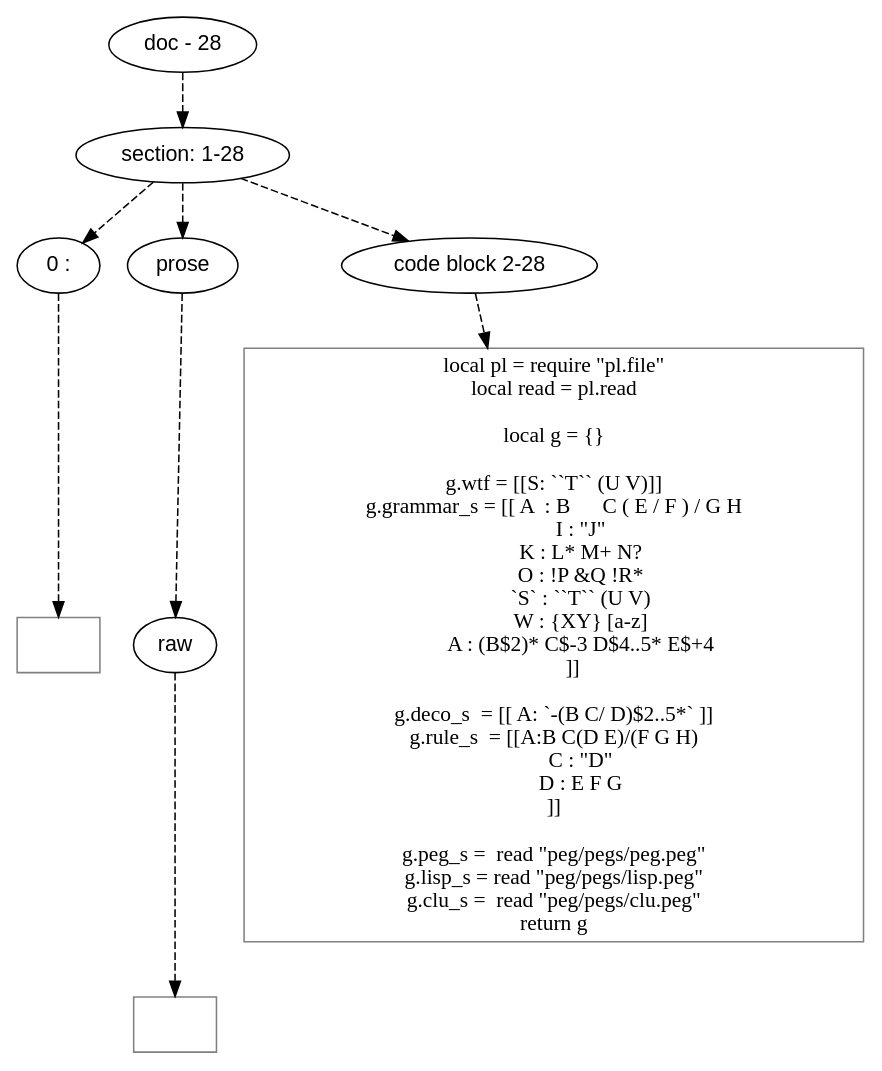
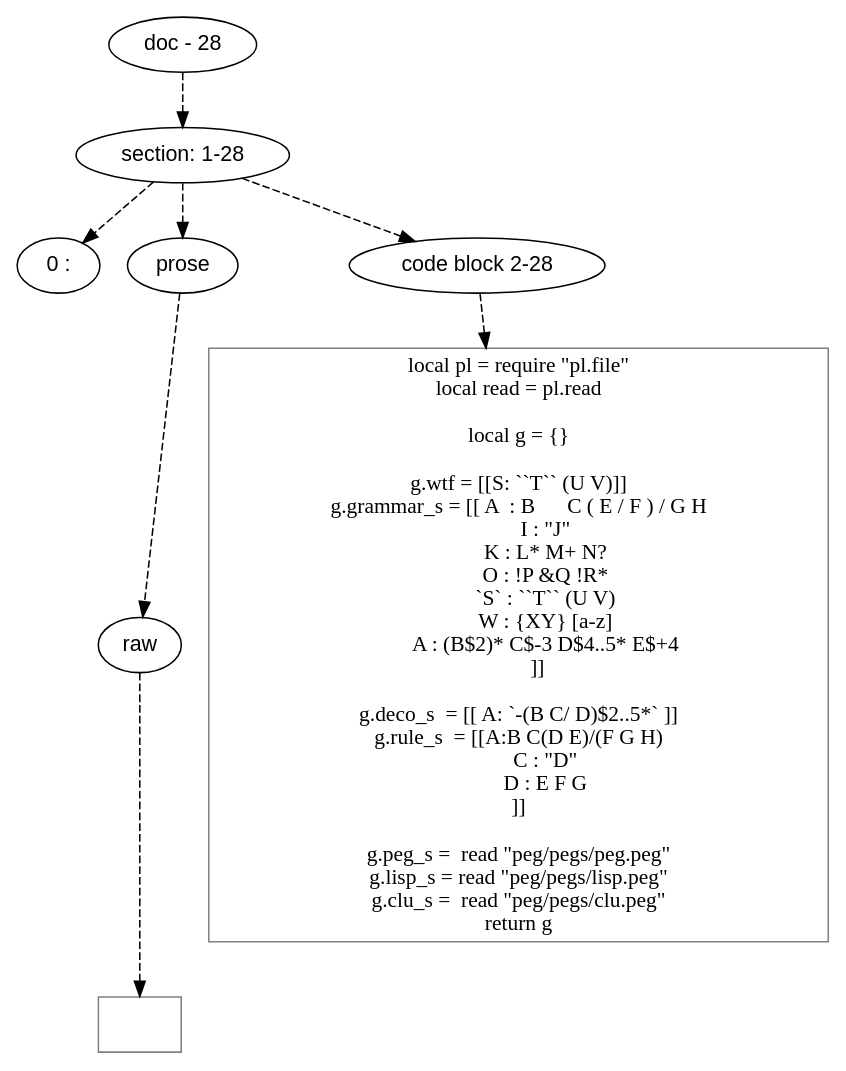
The diagram in doc/dot/peg/pegs/grammars.dot (mnemnion/orb), drawn with Graphviz before and after one commit. The commit also changed 123 other files, not shown here.

```diff
--- a/doc/dot/peg/pegs/grammars.dot
+++ b/doc/dot/peg/pegs/grammars.dot
@@ -1,62 +1,60 @@
 digraph hierarchy {
 
 node [fontname=Helvetica]
 edge [style=dashed]
 
 doc_0 [label="doc - 28"]
 
 
 doc_0 -> { section_1}
 {rank=same; section_1}
 
 section_1 [label="section: 1-28"]
 
 
 section_1 -> { header_2 prose_3 codeblock_4}
 {rank=same; header_2 prose_3 codeblock_4}
 
 header_2 [label="0 : "]
 
 prose_3 [label="prose"]
 
 codeblock_4 [label="code block 2-28"]
 
 
-header_2 -> leaf_5
-leaf_5  [color=Gray,shape=rectangle,fontname=Inconsolata,label=""]
-prose_3 -> { raw_6}
-{rank=same; raw_6}
+prose_3 -> { raw_5}
+{rank=same; raw_5}
 
-raw_6 [label="raw"]
+raw_5 [label="raw"]
 
 
-raw_6 -> leaf_7
-leaf_7  [color=Gray,shape=rectangle,fontname=Inconsolata,label=""]
-codeblock_4 -> leaf_8
-leaf_8  [color=Gray,shape=rectangle,fontname=Inconsolata,label="local pl = require \"pl.file\"
+raw_5 -> leaf_6
+leaf_6  [color=Gray,shape=rectangle,fontname=Inconsolata,label=""]
+codeblock_4 -> leaf_7
+leaf_7  [color=Gray,shape=rectangle,fontname=Inconsolata,label="local pl = require \"pl.file\"
 local read = pl.read
 
 local g = {}
 
  g.wtf = [[S: ``T`` (U V)]]
  g.grammar_s = [[ A  : B      C ( E / F ) / G H
            I : \"J\" 
            K : L* M+ N?
            O : !P &Q !R*
            `S` : ``T`` (U V)
            W : {XY} [a-z] 
            A : (B$2)* C$-3 D$4..5* E$+4
         ]]
 
  g.deco_s  = [[ A: `-(B C/ D)$2..5*` ]]
  g.rule_s  = [[A:B C(D E)/(F G H)
            C : \"D\" 
            D : E F G
 ]]
 
  g.peg_s =  read \"peg/pegs/peg.peg\"
  g.lisp_s = read \"peg/pegs/lisp.peg\"
  g.clu_s =  read \"peg/pegs/clu.peg\"
 return g"]
 
 }
```
